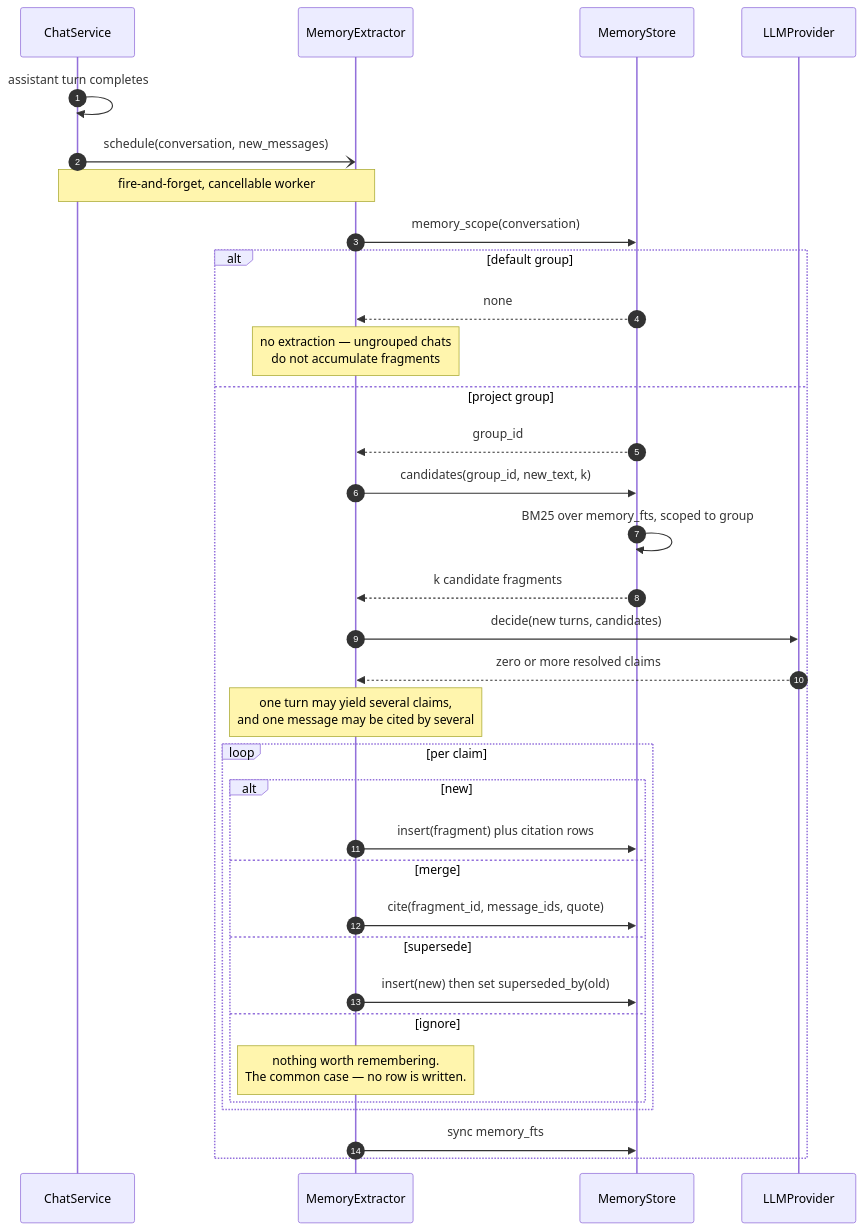
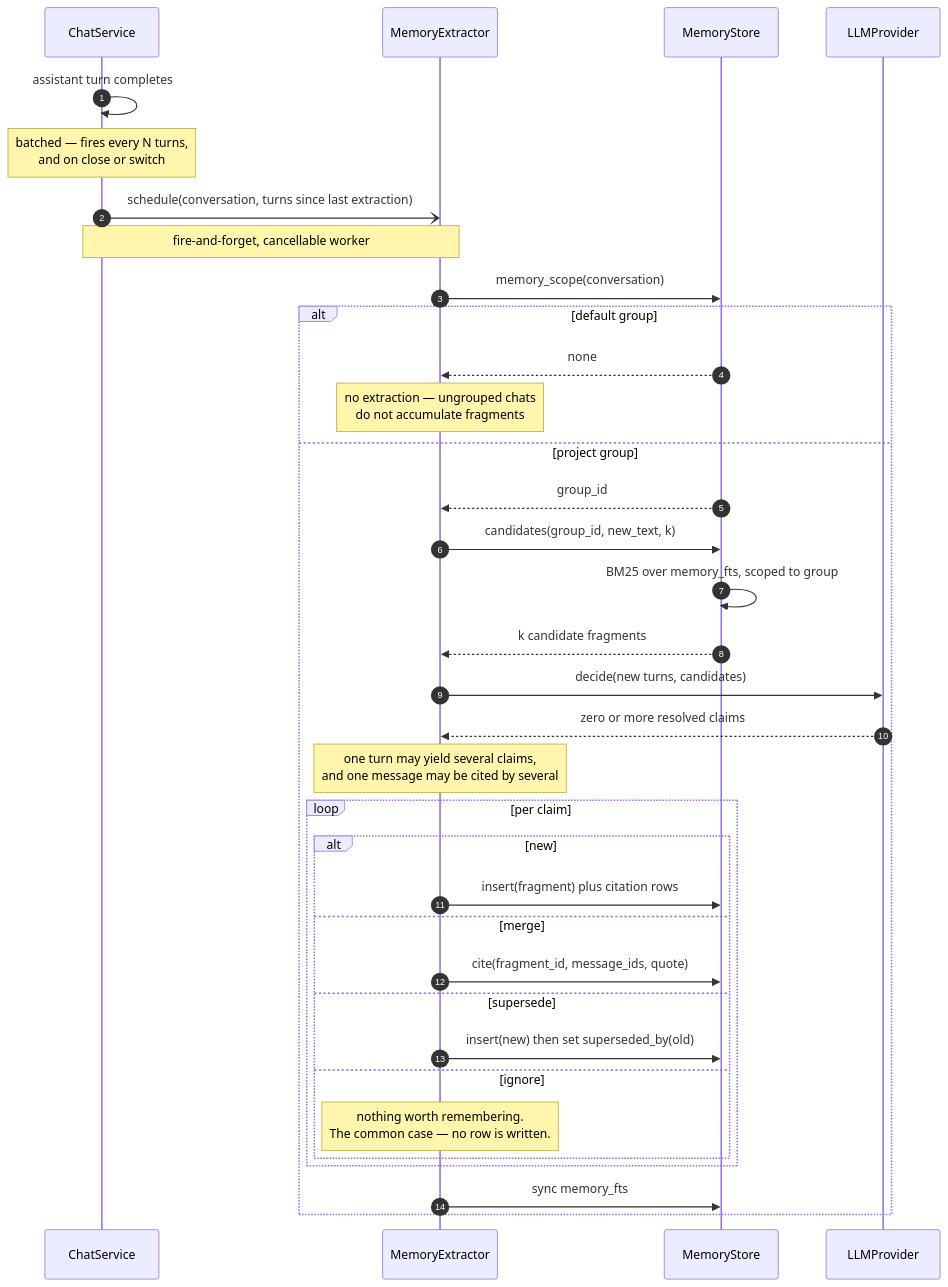
The fourth of 10 diagrams in docs/plans/memory-and-groups.md (Alorcus/agent_project), drawn with Mermaid before and after one commit. The commit also changed other lines of this file, not shown here.

````diff
--- a/docs/plans/memory-and-groups.md
+++ b/docs/plans/memory-and-groups.md
@@ -306,41 +306,42 @@
 ```mermaid
 sequenceDiagram
     autonumber
     participant Chat as ChatService
     participant Ex as MemoryExtractor
     participant Store as MemoryStore
     participant LLM as LLMProvider
 
     Chat->>Chat: assistant turn completes
-    Chat-)Ex: schedule(conversation, new_messages)
+    Note over Chat: batched — fires every N turns,<br/>and on close or switch
+    Chat-)Ex: schedule(conversation, turns since last extraction)
     Note over Chat,Ex: fire-and-forget, cancellable worker
 
     Ex->>Store: memory_scope(conversation)
     alt default group
         Store-->>Ex: none
         Note over Ex: no extraction — ungrouped chats<br/>do not accumulate fragments
     else project group
         Store-->>Ex: group_id
         Ex->>Store: candidates(group_id, new_text, k)
         Store->>Store: BM25 over memory_fts, scoped to group
         Store-->>Ex: k candidate fragments
 
         Ex->>LLM: decide(new turns, candidates)
         LLM-->>Ex: zero or more resolved claims
         Note over Ex: one turn may yield several claims,<br/>and one message may be cited by several
 
         loop per claim
             alt new
                 Ex->>Store: insert(fragment) plus citation rows
             else merge
                 Ex->>Store: cite(fragment_id, message_ids, quote)
             else supersede
                 Ex->>Store: insert(new) then set superseded_by(old)
             else ignore
                 Note over Ex: nothing worth remembering.<br/>The common case — no row is written.
             end
         end
 
         Ex->>Store: sync memory_fts
     end
 ```
````
